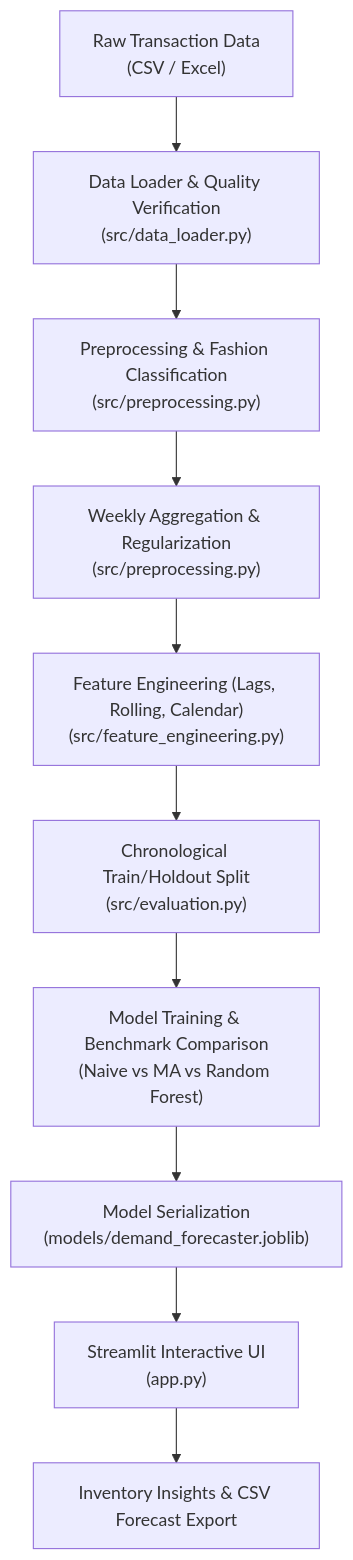
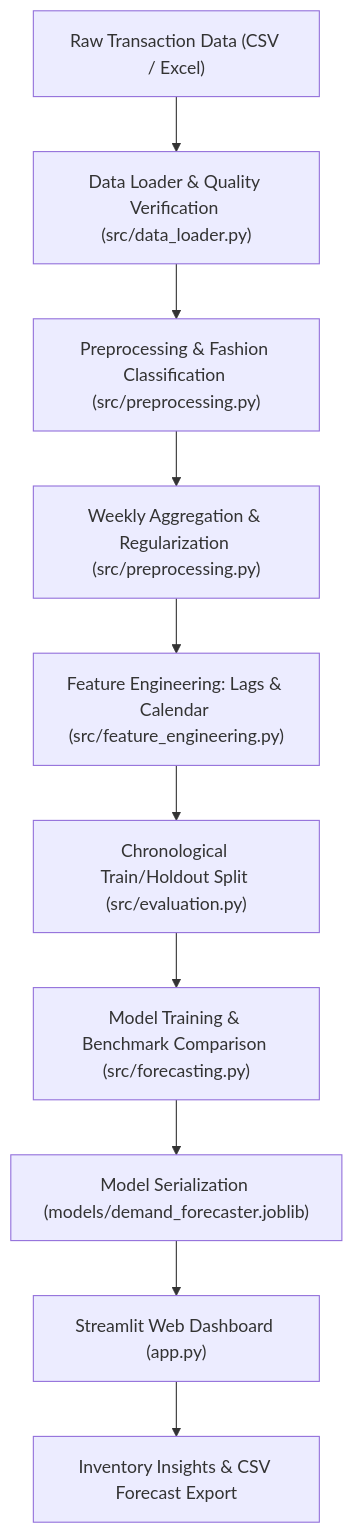
Before and after one commit to anshikakhan22-afk/fashion-demand-forecasting: the diagram in README.md, drawn with Mermaid. The commit also changed other lines of this file, not shown here.

````diff
--- a/README.md
+++ b/README.md
@@ -68,12 +70,12 @@
 ```mermaid
 flowchart TD
-    A["Raw Transaction Data<br>(CSV / Excel)"] --> B["Data Loader & Quality Verification<br>(src/data_loader.py)"]
-    B --> C["Preprocessing & Fashion Classification<br>(src/preprocessing.py)"]
-    C --> D["Weekly Aggregation & Regularization<br>(src/preprocessing.py)"]
-    D --> E["Feature Engineering (Lags, Rolling, Calendar)<br>(src/feature_engineering.py)"]
-    E --> F["Chronological Train/Holdout Split<br>(src/evaluation.py)"]
-    F --> G["Model Training & Benchmark Comparison<br>(Naive vs MA vs Random Forest)"]
-    G --> H["Model Serialization<br>(models/demand_forecaster.joblib)"]
-    H --> I["Streamlit Interactive UI<br>(app.py)"]
+    A["Raw Transaction Data (CSV / Excel)"] --> B["Data Loader & Quality Verification (src/data_loader.py)"]
+    B --> C["Preprocessing & Fashion Classification (src/preprocessing.py)"]
+    C --> D["Weekly Aggregation & Regularization (src/preprocessing.py)"]
+    D --> E["Feature Engineering: Lags & Calendar (src/feature_engineering.py)"]
+    E --> F["Chronological Train/Holdout Split (src/evaluation.py)"]
+    F --> G["Model Training & Benchmark Comparison (src/forecasting.py)"]
+    G --> H["Model Serialization (models/demand_forecaster.joblib)"]
+    H --> I["Streamlit Web Dashboard (app.py)"]
     I --> J["Inventory Insights & CSV Forecast Export"]
 ```
````
